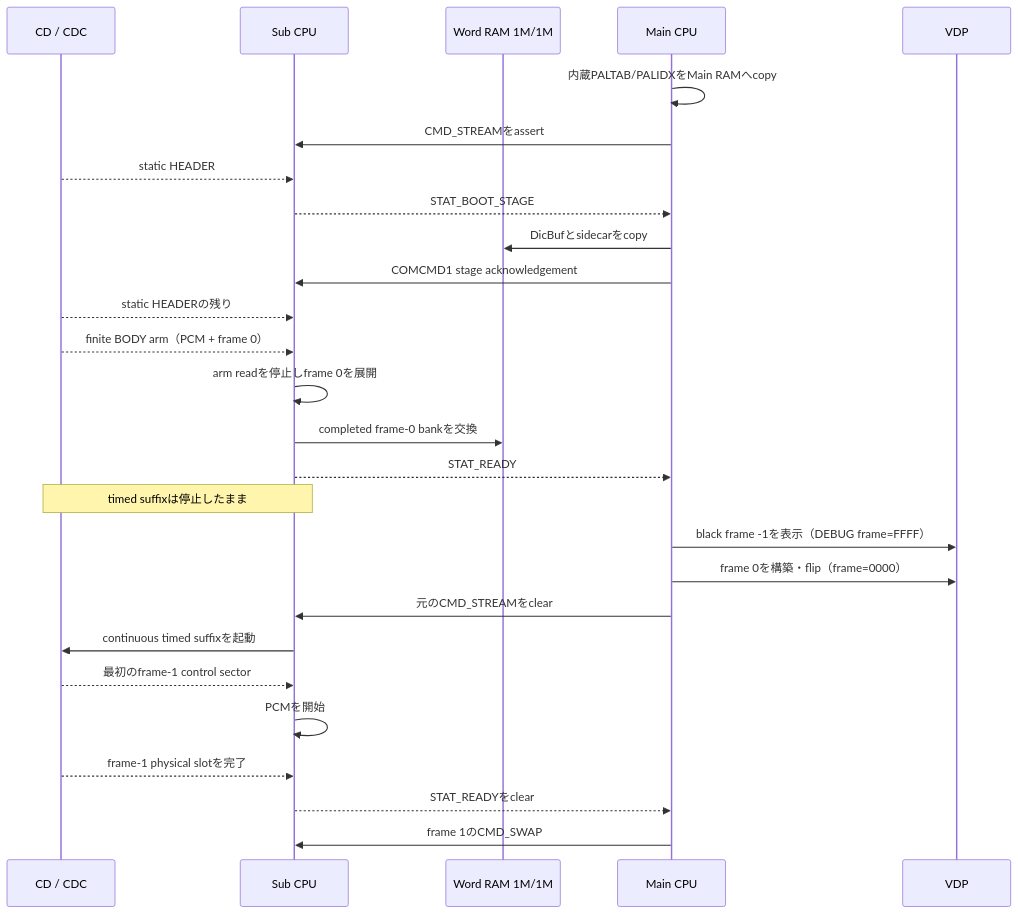
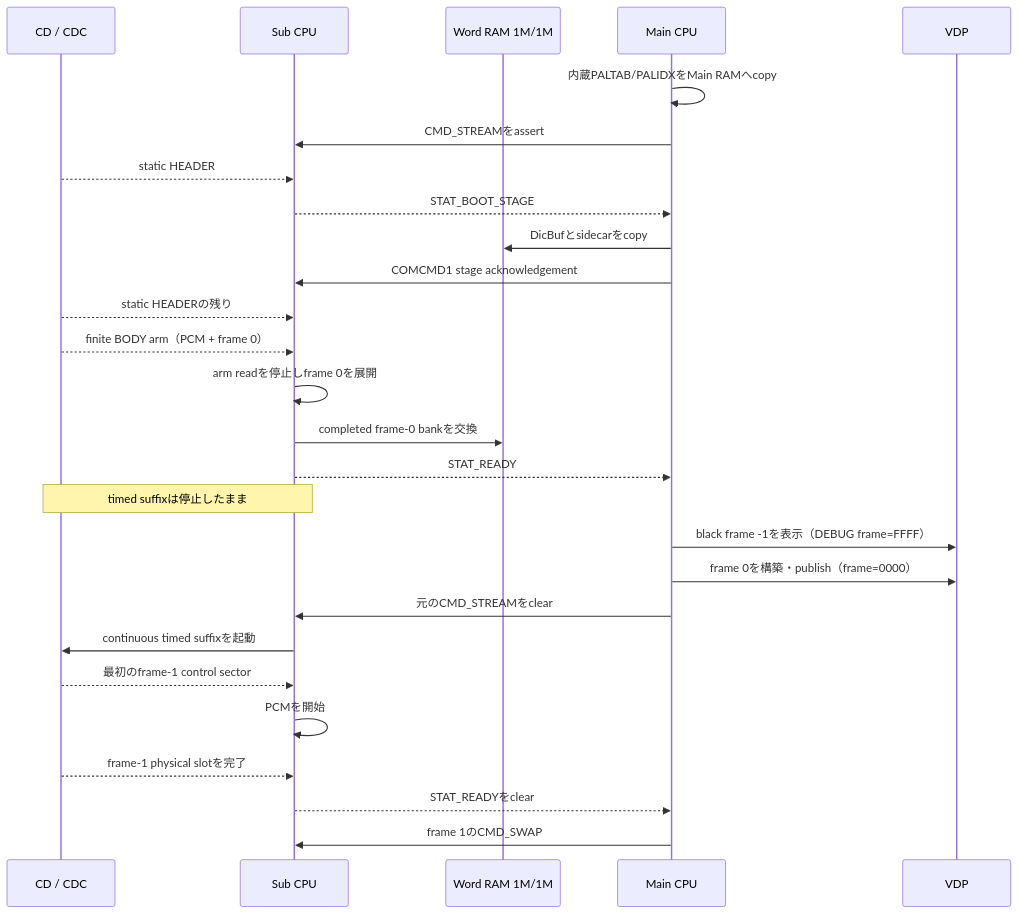
Before and after one commit to akiyan/segacd-fmv-cavc: the third of 4 diagrams in PLAYER.md, drawn with Mermaid. The commit also changed other lines of this file and 8 other files, not shown here.

````diff
--- a/PLAYER.md
+++ b/PLAYER.md
@@ -632,30 +682,30 @@
 ```mermaid
 sequenceDiagram
     participant CD as CD / CDC
     participant S as Sub CPU
     participant W as Word RAM 1M/1M
     participant M as Main CPU
     participant V as VDP
 
     M->>M: 内蔵PALTAB/PALIDXをMain RAMへcopy
     M->>S: CMD_STREAMをassert
     CD-->>S: static HEADER
     S-->>M: STAT_BOOT_STAGE
     M->>W: DicBufとsidecarをcopy
     M->>S: COMCMD1 stage acknowledgement
     CD-->>S: static HEADERの残り
     CD-->>S: finite BODY arm（PCM + frame 0）
     S->>S: arm readを停止しframe 0を展開
     S->>W: completed frame-0 bankを交換
     S-->>M: STAT_READY
     Note over S,CD: timed suffixは停止したまま
     M->>V: black frame -1を表示（DEBUG frame=FFFF）
-    M->>V: frame 0を構築・flip（frame=0000）
+    M->>V: frame 0を構築・publish（frame=0000）
     M->>S: 元のCMD_STREAMをclear
     S->>CD: continuous timed suffixを起動
     CD-->>S: 最初のframe-1 control sector
     S->>S: PCMを開始
     CD-->>S: frame-1 physical slotを完了
     S-->>M: STAT_READYをclear
     M->>S: frame 1のCMD_SWAP
 ```
````
